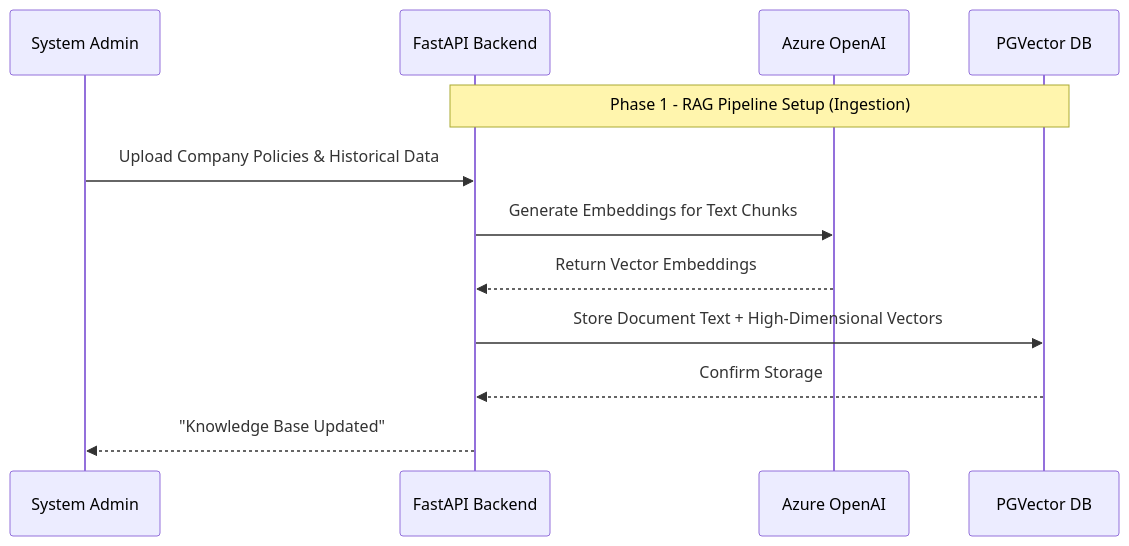
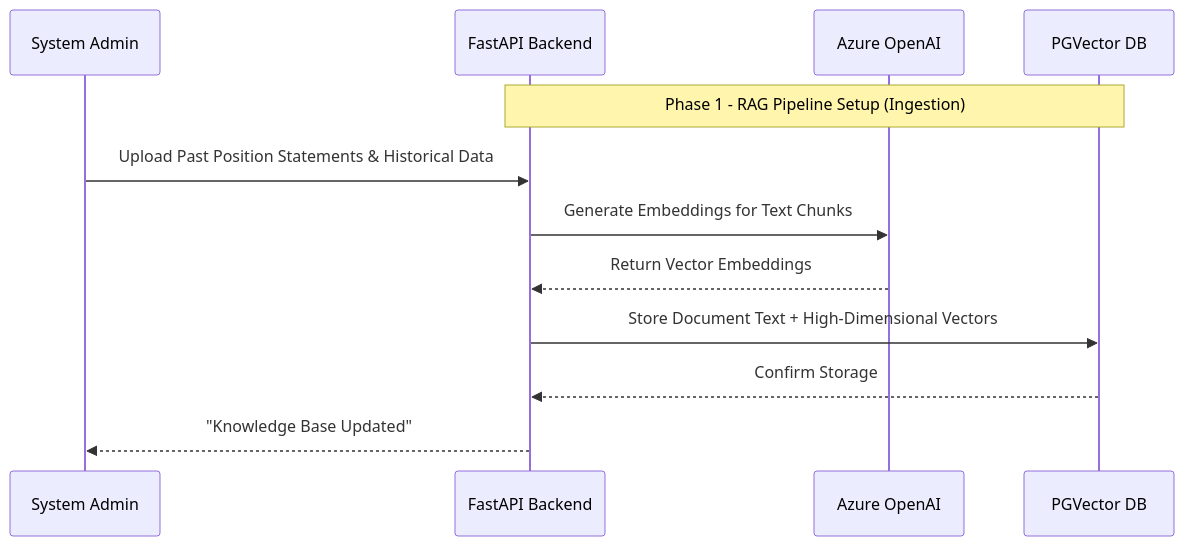
One commit to GaneshBhat-BCH/Legal-Pleadings changed the third of 6 diagrams in Legal_Pleadings_SDD.md. Above: the diagram before and after it, drawn with Mermaid. The commit also changed other lines of this file and 1 other file, not shown here.

Commit message:
Finalize SDD: Include 1 Combined Workflow, 4 explicit Phase breakdowns, and update wording to 'Past Position Statements'

````diff
--- a/Legal_Pleadings_SDD.md
+++ b/Legal_Pleadings_SDD.md
@@ -82,15 +118,15 @@
 ```mermaid
 sequenceDiagram
     participant Admin as System Admin
     participant API as FastAPI Backend
     participant AOAI as Azure OpenAI
     participant DB as PGVector DB
 
     Note over API, DB: Phase 1 - RAG Pipeline Setup (Ingestion)
-    Admin->>API: Upload Company Policies & Historical Data
+    Admin->>API: Upload Past Position Statements & Historical Data
     API->>AOAI: Generate Embeddings for Text Chunks
     AOAI-->>API: Return Vector Embeddings
     API->>DB: Store Document Text + High-Dimensional Vectors
     DB-->>API: Confirm Storage
     API-->>Admin: "Knowledge Base Updated"
 ```
````
